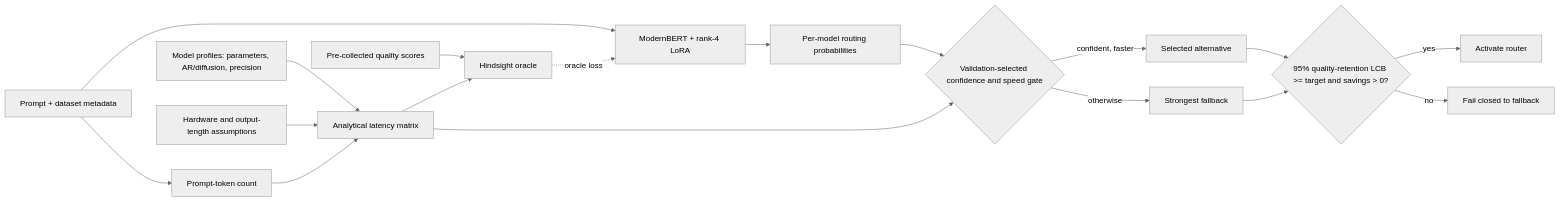
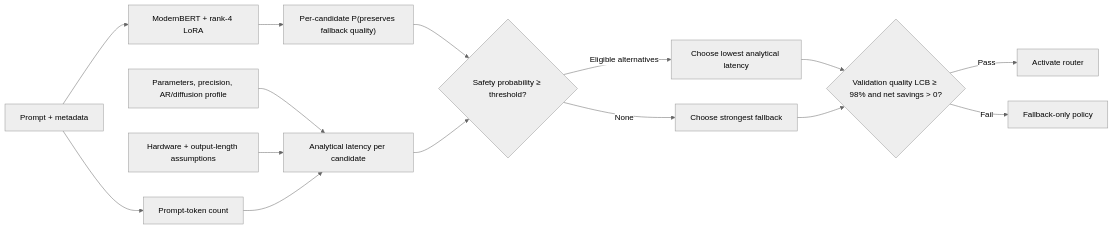
Before and after one commit to BrunoVitti96/LLM-router: the diagram in README.md, drawn with Mermaid (neutral theme). The commit also changed other lines of this file and 11 other files, not shown here.

Commit message:
Refactor POC to hybrid safety routing

````diff
--- a/README.md
+++ b/README.md
@@ -16,20 +19,17 @@
 ```mermaid
 flowchart LR
-    P["Prompt + dataset metadata"] --> T["Prompt-token count"]
-    C["Model profiles: parameters, AR/diffusion, precision"] --> L["Analytical latency matrix"]
-    H["Hardware and output-length assumptions"] --> L
-    T --> L
-    Q["Pre-collected quality scores"] --> O["Hindsight oracle"]
-    L --> O
-    P --> M["ModernBERT + rank-4 LoRA"]
-    O -. "oracle loss" .-> M
-    M --> R["Per-model routing probabilities"]
-    R --> G{"Validation-selected confidence and speed gate"}
-    L --> G
-    G -->|"confident, faster"| A["Selected alternative"]
-    G -->|"otherwise"| F["Strongest fallback"]
-    A --> V{"95% quality-retention LCB >= target and savings > 0?"}
-    F --> V
-    V -->|"yes"| D["Activate router"]
-    V -->|"no"| X["Fail closed to fallback"]
+    P["Prompt + metadata"] --> M["ModernBERT + rank-4 LoRA"]
+    M --> S["Per-candidate P(preserves fallback quality)"]
+    P --> N["Prompt-token count"]
+    C["Parameters, precision, AR/diffusion profile"] --> L["Analytical latency per candidate"]
+    H["Hardware + output-length assumptions"] --> L
+    N --> L
+    S --> E{"Safety probability ≥ threshold?"}
+    L --> E
+    E -->|"Eligible alternatives"| A["Choose lowest analytical latency"]
+    E -->|"None"| F["Choose strongest fallback"]
+    A --> G{"Validation quality LCB ≥ 98% and net savings > 0?"}
+    F --> G
+    G -->|"Pass"| D["Activate router"]
+    G -->|"Fail"| X["Fallback-only policy"]
 ```
````
